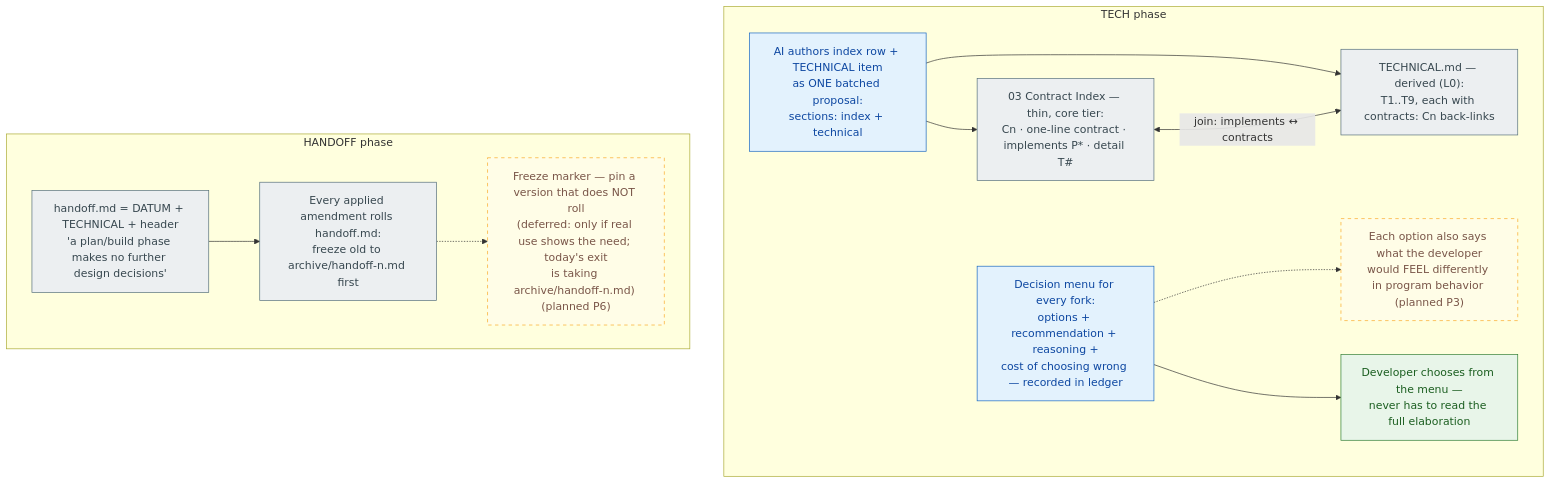
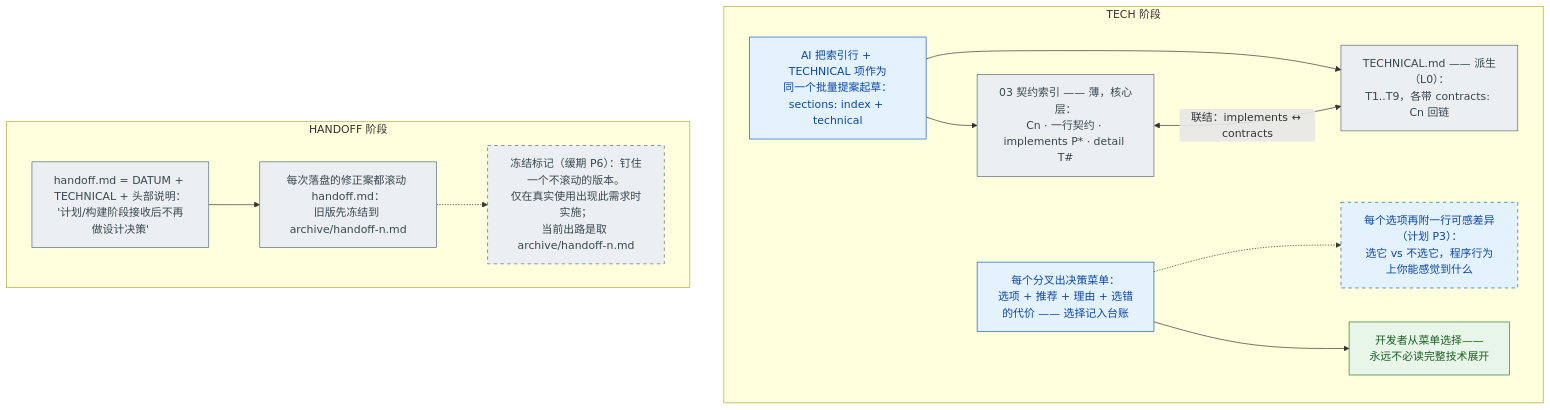
Before and after one commit to maxi3777/Keel: the sixth of 10 diagrams in docs/MENTAL-MODEL.md, drawn with Mermaid. The commit also changed other lines of this file, not shown here.

First line of the commit message:
docs: MENTAL-MODEL v2 — master/detail structure, Chinese, border-only planning marks

````diff
--- a/docs/MENTAL-MODEL.md
+++ b/docs/MENTAL-MODEL.md
@@ -280,27 +265,29 @@
 ```mermaid
 flowchart TD
-    subgraph T["TECH phase"]
-    AUTHOR["AI authors index row + TECHNICAL item<br/>as ONE batched proposal:<br/>sections: index + technical"]:::ai
-    IDX["03 Contract Index — thin, core tier:<br/>Cn · one-line contract · implements P* · detail T#"]:::mech
-    TECHF["TECHNICAL.md — derived (L0):<br/>T1..T9, each with contracts: Cn back-links"]:::mech
-    MENU["Decision menu for every fork:<br/>options + recommendation + reasoning +<br/>cost of choosing wrong — recorded in ledger"]:::ai
-    FEEL["Each option also says what the developer<br/>would FEEL differently in program behavior (planned P3)"]:::planned
-    CHOOSE["Developer chooses from the menu —<br/>never has to read the full elaboration"]:::human
+    subgraph T["TECH 阶段"]
+    AUTHOR["AI 把索引行 + TECHNICAL 项作为<br/>同一个批量提案起草：<br/>sections: index + technical"]:::ai
+    IDX["03 契约索引 —— 薄，核心层：<br/>Cn · 一行契约 · implements P* · detail T#"]:::mech
+    TECHF["TECHNICAL.md —— 派生（L0）：<br/>T1..T9，各带 contracts: Cn 回链"]:::mech
+    MENU["每个分叉出决策菜单：<br/>选项 + 推荐 + 理由 + 选错的代价 —— 选择记入台账"]:::ai
+    FEEL["每个选项再附一行可感差异（计划 P3）：<br/>选它 vs 不选它，程序行为上你能感觉到什么"]:::plantai
+    CHOOSE["开发者从菜单选择——<br/>永远不必读完整技术展开"]:::human
     end
-    subgraph HO["HANDOFF phase"]
-    BUNDLE["handoff.md = DATUM + TECHNICAL + header<br/>'a plan/build phase makes no further design decisions'"]:::mech
-    ROLLH["Every applied amendment rolls handoff.md:<br/>freeze old to archive/handoff-n.md first"]:::mech
-    FRZ["Freeze marker — pin a version that does NOT roll<br/>(deferred: only if real use shows the need; today's exit<br/>is taking archive/handoff-n.md) (planned P6)"]:::planned
+    subgraph HO2["HANDOFF 阶段"]
+    BUNDLE["handoff.md = DATUM + TECHNICAL + 头部说明：<br/>'计划/构建阶段接收后不再做设计决策'"]:::mech
+    ROLLH["每次落盘的修正案都滚动 handoff.md：<br/>旧版先冻结到 archive/handoff-n.md"]:::mech
+    FRZ["冻结标记（缓期 P6）：钉住一个不滚动的版本。<br/>仅在真实使用出现此需求时实施；<br/>当前出路是取 archive/handoff-n.md"]:::planmech
     end
+
     AUTHOR --> IDX
     AUTHOR --> TECHF
-    IDX <-->|"join: implements ↔ contracts"| TECHF
+    IDX <-->|"联结：implements ↔ contracts"| TECHF
     MENU -.-> FEEL
     MENU --> CHOOSE
     BUNDLE --> ROLLH
     ROLLH -.-> FRZ
     classDef human fill:#e8f5e9,stroke:#2e7d32,color:#1b5e20
     classDef ai fill:#e3f2fd,stroke:#1565c0,color:#0d47a1
     classDef mech fill:#eceff1,stroke:#546e7a,color:#37474f
-    classDef planned fill:#fffde7,stroke:#f9a825,stroke-dasharray:5 5,color:#795548
+    classDef plantai fill:#e3f2fd,stroke:#1565c0,stroke-dasharray:5 5,color:#0d47a1
+    classDef planmech fill:#eceff1,stroke:#546e7a,stroke-dasharray:5 5,color:#37474f
 ```
````
